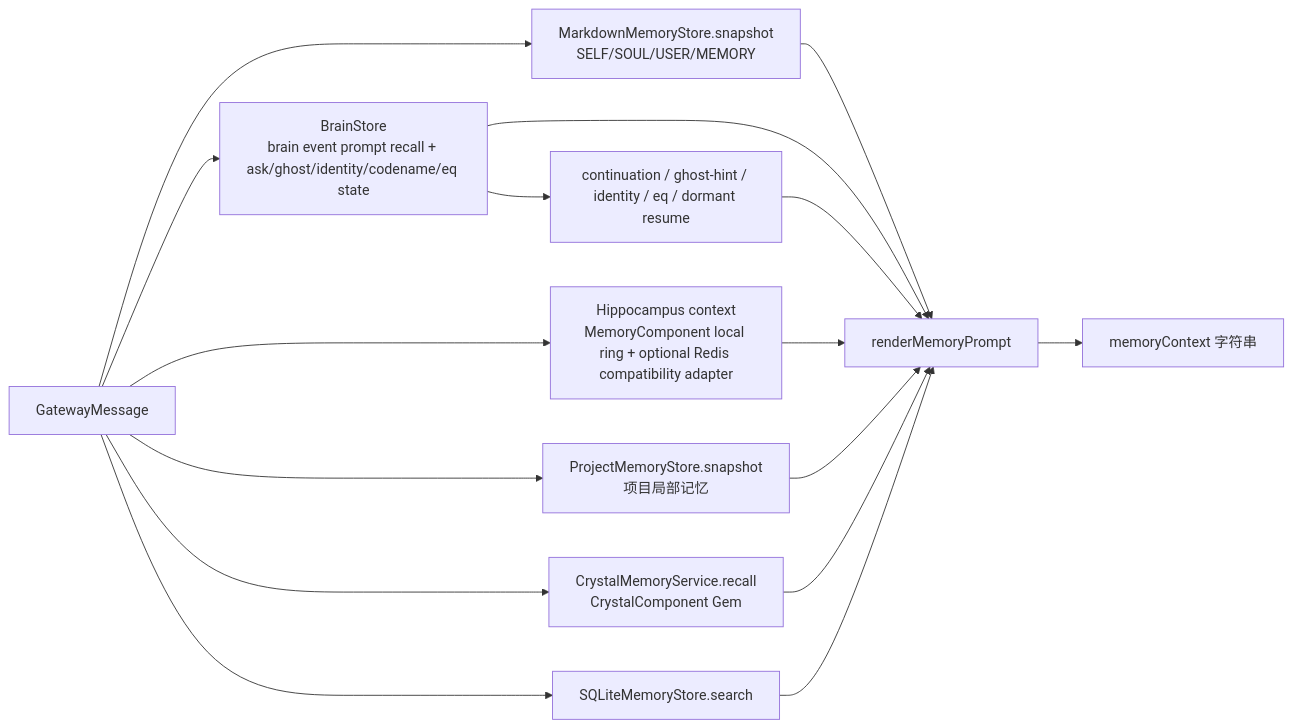
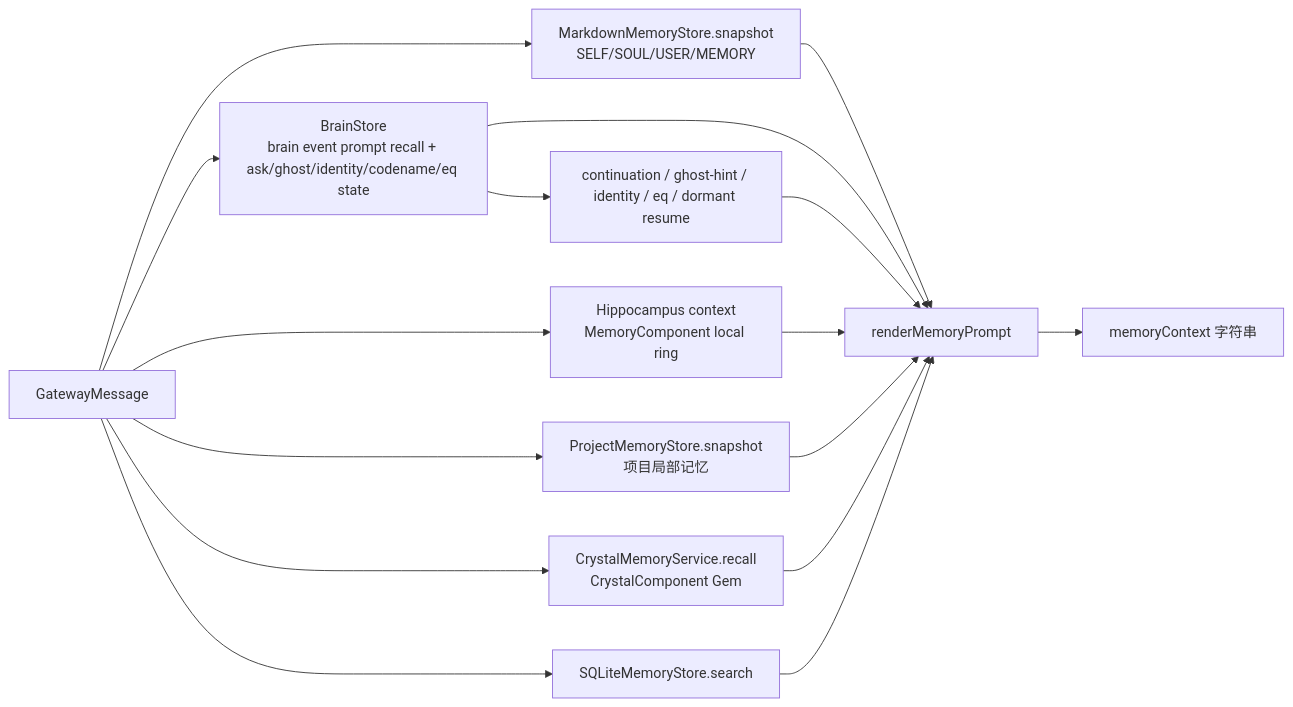
Before and after one commit to flyflor/flyflor: the third of 5 diagrams in docs/runtime.turn.md, drawn with Mermaid. The commit also changed other lines of this file and 60 other files, not shown here.

````diff
--- a/docs/runtime.turn.md
+++ b/docs/runtime.turn.md
@@ -117,18 +117,18 @@
 ```mermaid
 flowchart LR
     Q[GatewayMessage] --> Markdown[MarkdownMemoryStore.snapshot<br/>SELF/SOUL/USER/MEMORY]
     Q --> Brain[BrainStore<br/>brain event prompt recall + ask/ghost/identity/codename/eq state]
-    Q --> Hippo[Hippocampus context<br/>MemoryComponent local ring + optional Redis compatibility adapter]
+    Q --> Hippo[Hippocampus context<br/>MemoryComponent local ring]
     Q --> Project[ProjectMemoryStore.snapshot<br/>项目局部记忆]
     Q --> Crystal[CrystalMemoryService.recall<br/>CrystalComponent Gem]
     Q --> SqliteSearch[SQLiteMemoryStore.search]
     Markdown --> Render[renderMemoryPrompt]
     Brain --> Render
     Brain --> Nudge[continuation / ghost-hint / identity / eq / dormant resume]
     Nudge --> Render
     Hippo --> Render
     Project --> Render
     Crystal --> Render
     SqliteSearch --> Render
     Render --> Prompt[memoryContext 字符串]
 ```
````
